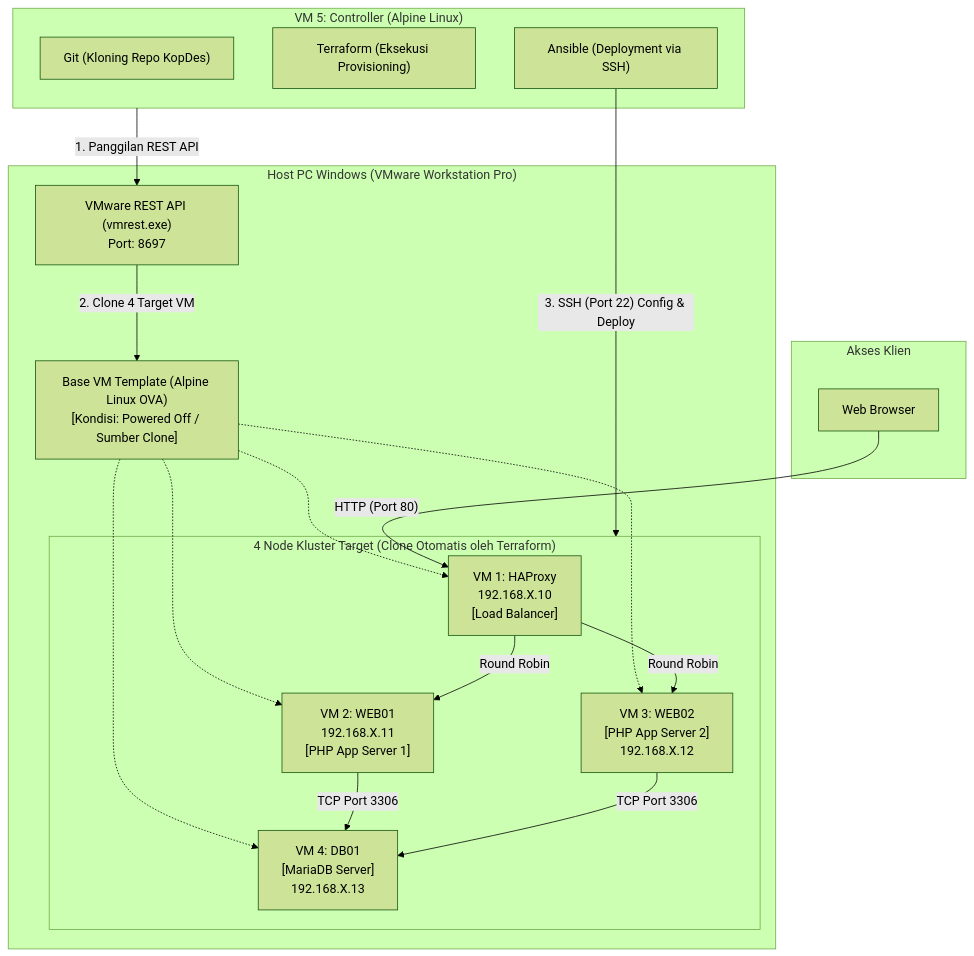
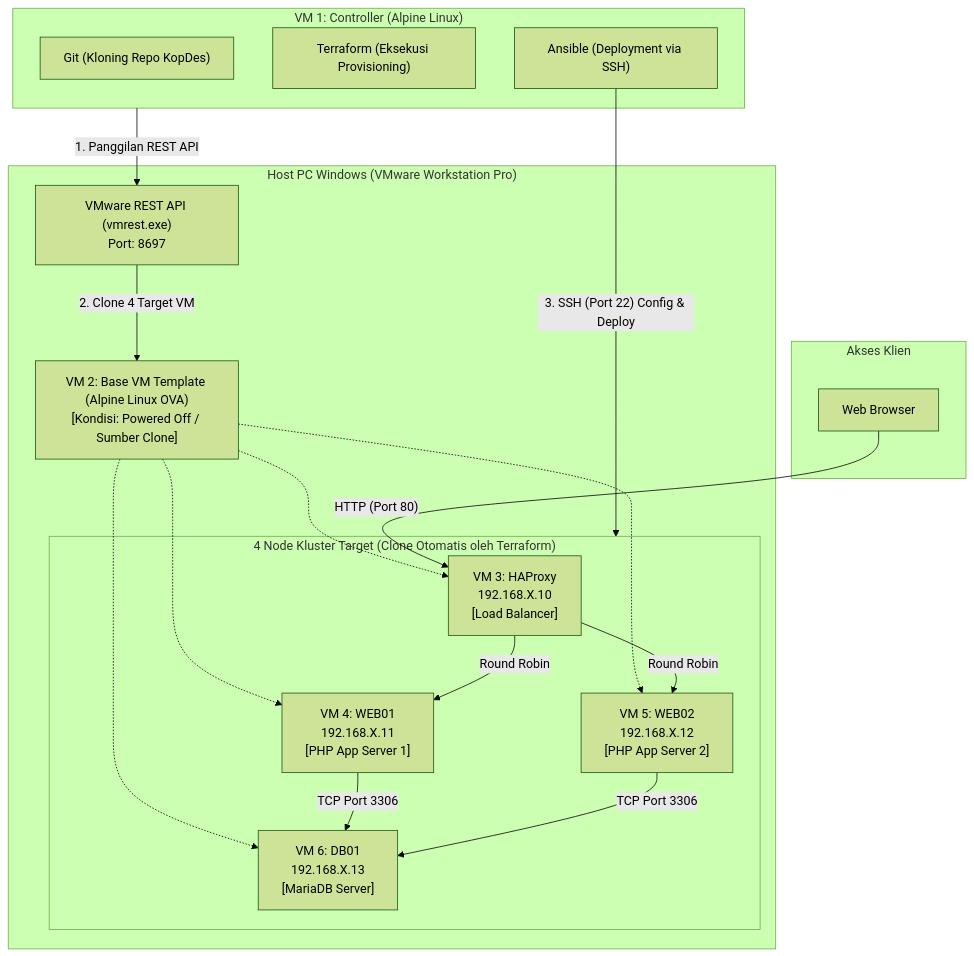
One commit to fendyramadhani9-cloud/kopdes-iac-automation changed the diagram in TUTORIAL.md. Above: the diagram before and after it, drawn with Mermaid (forest theme). The commit also changed other lines of this file and 1 other file, not shown here.

Commit message:
docs: clarify total 6 VMs topology (Controller, Base template, and 4 cluster nodes)

````diff
--- a/TUTORIAL.md
+++ b/TUTORIAL.md
@@ -30,39 +30,39 @@
 ```mermaid
 flowchart TD
     subgraph Host["Host PC Windows (VMware Workstation Pro)"]
         vmrest["VMware REST API (vmrest.exe)\nPort: 8697"]
-        BaseVM["Base VM Template (Alpine Linux OVA)\n[Kondisi: Powered Off / Sumber Clone]"]
+        BaseVM["VM 2: Base VM Template (Alpine Linux OVA)\n[Kondisi: Powered Off / Sumber Clone]"]
         
         subgraph TargetCluster["4 Node Kluster Target (Clone Otomatis oleh Terraform)"]
-            HAProxy["VM 1: HAProxy\n192.168.X.10\n[Load Balancer]"]
-            Web01["VM 2: WEB01\n192.168.X.11\n[PHP App Server 1]"]
-            Web02["VM 3: WEB02\n[PHP App Server 2]\n192.168.X.12"]
-            DB01["VM 4: DB01\n[MariaDB Server]\n192.168.X.13"]
+            HAProxy["VM 3: HAProxy\n192.168.X.10\n[Load Balancer]"]
+            Web01["VM 4: WEB01\n192.168.X.11\n[PHP App Server 1]"]
+            Web02["VM 5: WEB02\n192.168.X.12\n[PHP App Server 2]"]
+            DB01["VM 6: DB01\n192.168.X.13\n[MariaDB Server]"]
         end
     end
 
-    subgraph ControllerVM["VM 5: Controller (Alpine Linux)"]
+    subgraph ControllerVM["VM 1: Controller (Alpine Linux)"]
         GitRepo["Git (Kloning Repo KopDes)"]
         TF["Terraform (Eksekusi Provisioning)"]
         Ansible["Ansible (Deployment via SSH)"]
     end
 
     subgraph Users["Akses Klien"]
         Browser["Web Browser"]
     end
 
     ControllerVM -->|"1. Panggilan REST API"| vmrest
     vmrest -->|"2. Clone 4 Target VM"| BaseVM
     BaseVM -.-> HAProxy
     BaseVM -.-> Web01
     BaseVM -.-> Web02
     BaseVM -.-> DB01
 
     Ansible -->|"3. SSH (Port 22) Config & Deploy"| TargetCluster
 
     Browser -->|"HTTP (Port 80)"| HAProxy
     HAProxy -->|"Round Robin"| Web01
     HAProxy -->|"Round Robin"| Web02
     Web01 -->|"TCP Port 3306"| DB01
     Web02 -->|"TCP Port 3306"| DB01
 ```
````
